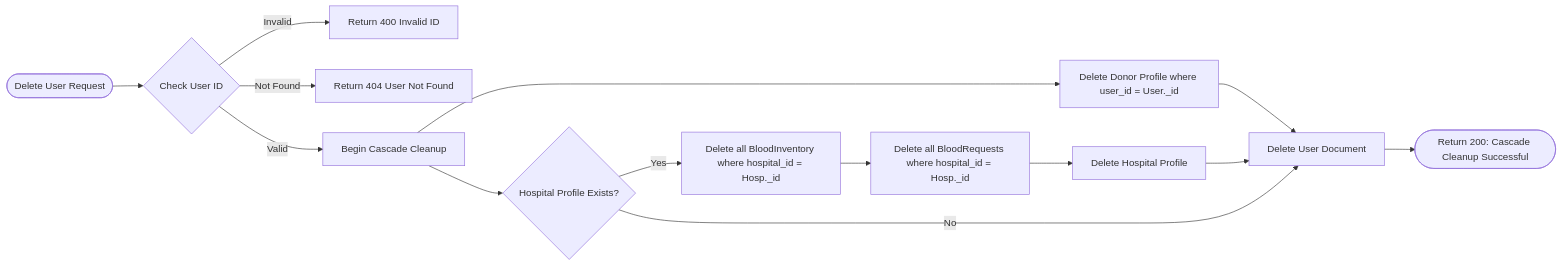
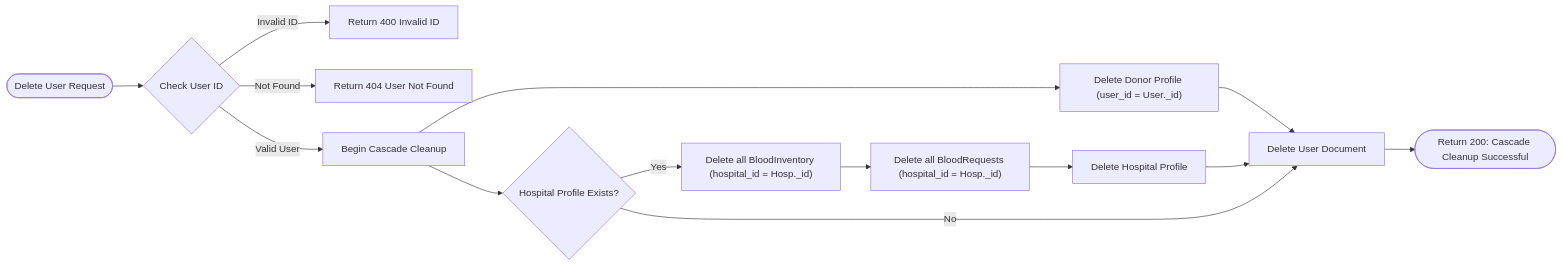
The fourth of 7 diagrams in README.md (Next-Gen-Coder-2007/LifeLink-Blood-Donation-and-Emergency-Blood-Matching-System), drawn with Mermaid before and after one commit. The commit also changed other lines of this file, not shown here.

Commit message:
docs(readme): fix mermaid syntax across all 7 diagrams and expand DBMS query catalog

````diff
--- a/README.md
+++ b/README.md
@@ -196,21 +197,21 @@
 ```mermaid
 flowchart LR
-    AdminReq([Delete User Request]) --> ValidateUser{Check User ID}
-    ValidateUser -->|Invalid| Err400[Return 400 Invalid ID]
-    ValidateUser -->|Not Found| Err404[Return 404 User Not Found]
+    AdminReq(["Delete User Request"]) --> ValidateUser{"Check User ID"}
+    ValidateUser -->|"Invalid ID"| Err400["Return 400 Invalid ID"]
+    ValidateUser -->|"Not Found"| Err404["Return 404 User Not Found"]
     
-    ValidateUser -->|Valid| CascadeStart[Begin Cascade Cleanup]
+    ValidateUser -->|"Valid User"| CascadeStart["Begin Cascade Cleanup"]
     
-    CascadeStart --> DelDonor[Delete Donor Profile where user_id = User._id]
-    CascadeStart --> FindHosp{Hospital Profile Exists?}
+    CascadeStart --> DelDonor["Delete Donor Profile (user_id = User._id)"]
+    CascadeStart --> FindHosp{"Hospital Profile Exists?"}
     
-    FindHosp -->|Yes| DelStock[Delete all BloodInventory where hospital_id = Hosp._id]
-    DelStock --> DelReqs[Delete all BloodRequests where hospital_id = Hosp._id]
-    DelReqs --> DelHosp[Delete Hospital Profile]
+    FindHosp -->|"Yes"| DelStock["Delete all BloodInventory (hospital_id = Hosp._id)"]
+    DelStock --> DelReqs["Delete all BloodRequests (hospital_id = Hosp._id)"]
+    DelReqs --> DelHosp["Delete Hospital Profile"]
     
-    FindHosp -->|No| DelUserDoc[Delete User Document]
+    FindHosp -->|"No"| DelUserDoc["Delete User Document"]
     DelDonor --> DelUserDoc
     DelHosp --> DelUserDoc
     
-    DelUserDoc --> Complete([Return 200: Cascade Cleanup Successful])
+    DelUserDoc --> Complete(["Return 200: Cascade Cleanup Successful"])
 ```
````
